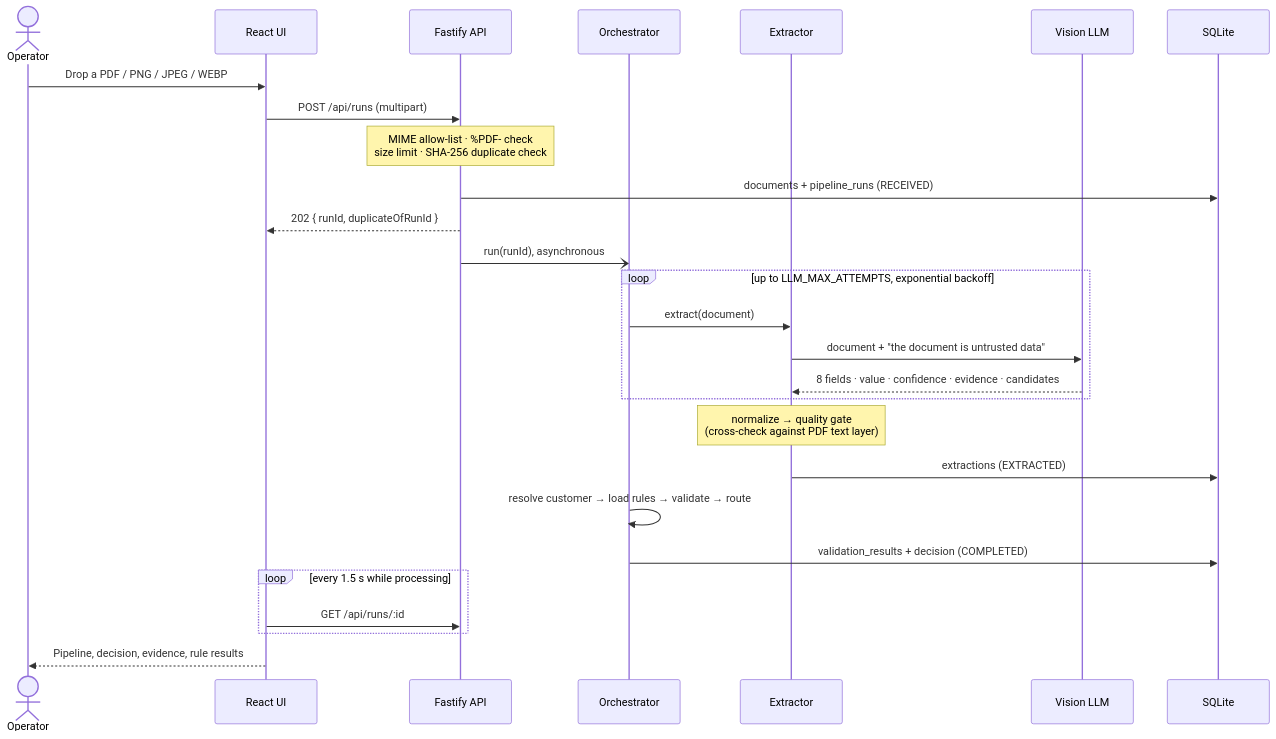
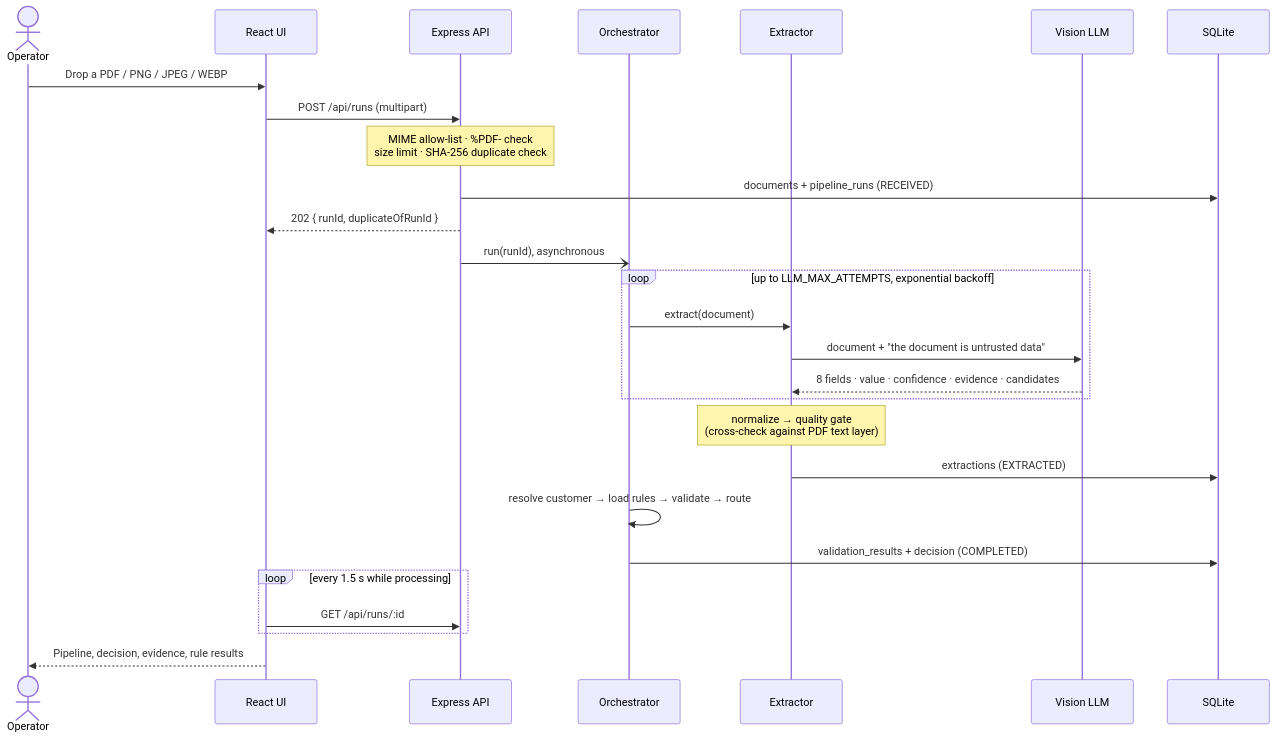
Before and after one commit to Dakshkweera/Go-Comet: the third of 4 diagrams in README.md, drawn with Mermaid. The commit also changed other lines of this file and 218 other files, not shown here.

````diff
--- a/README.md
+++ b/README.md
@@ -152,33 +152,33 @@
 ```mermaid
 sequenceDiagram
     actor O as Operator
     participant UI as React UI
-    participant API as Fastify API
+    participant API as Express API
     participant P as Orchestrator
     participant X as Extractor
     participant L as Vision LLM
     participant D as SQLite
 
     O->>UI: Drop a PDF / PNG / JPEG / WEBP
     UI->>API: POST /api/runs (multipart)
     Note over API: MIME allow-list · %PDF- check<br/>size limit · SHA-256 duplicate check
     API->>D: documents + pipeline_runs (RECEIVED)
     API-->>UI: 202 { runId, duplicateOfRunId }
     API-)P: run(runId), asynchronous
 
     loop up to LLM_MAX_ATTEMPTS, exponential backoff
         P->>X: extract(document)
         X->>L: document + "the document is untrusted data"
         L-->>X: 8 fields · value · confidence · evidence · candidates
     end
     Note over X: normalize → quality gate<br/>(cross-check against PDF text layer)
     X->>D: extractions (EXTRACTED)
 
     P->>P: resolve customer → load rules → validate → route
     P->>D: validation_results + decision (COMPLETED)
 
     loop every 1.5 s while processing
         UI->>API: GET /api/runs/:id
     end
     UI-->>O: Pipeline, decision, evidence, rule results
 ```
````
